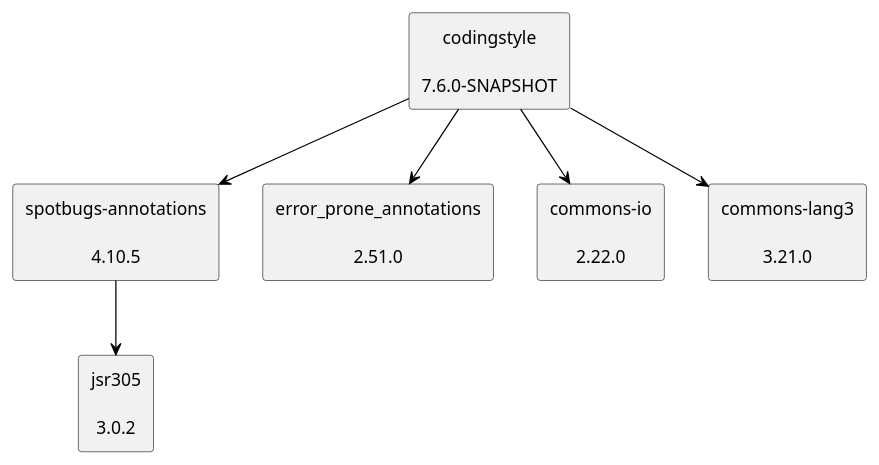
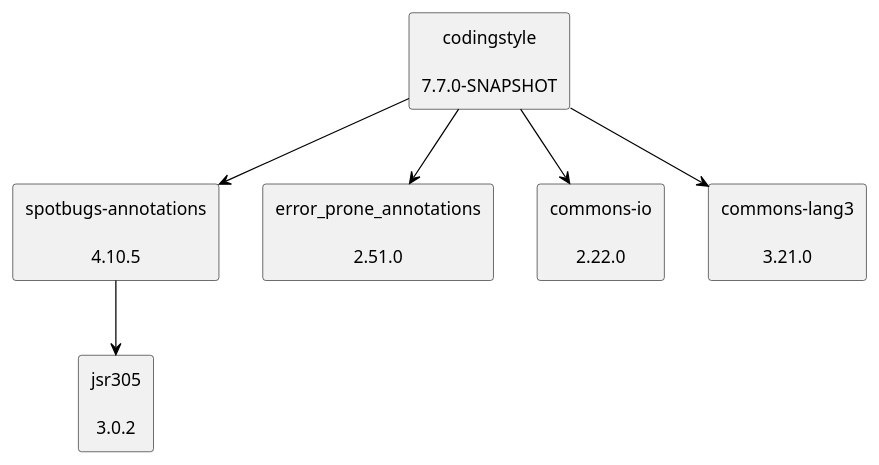
One commit to uhafner/codingstyle changed the diagram in doc/dependency-graph.puml. Above: the diagram before and after it, drawn with PlantUML.

Commit message:
Update dependency graph to latest versions from POM

```diff
--- a/doc/dependency-graph.puml
+++ b/doc/dependency-graph.puml
@@ -1,20 +1,20 @@
 @startuml
 skinparam defaultTextAlignment center
 skinparam rectangle {
   BackgroundColor<<optional>> beige
   BackgroundColor<<test>> lightGreen
   BackgroundColor<<runtime>> lightBlue
   BackgroundColor<<provided>> lightGray
 }
 rectangle "spotbugs-annotations\n\n4.10.5" as com_github_spotbugs_spotbugs_annotations_jar
 rectangle "jsr305\n\n3.0.2" as com_google_code_findbugs_jsr305_jar
-rectangle "codingstyle\n\n7.6.0-SNAPSHOT" as edu_hm_hafner_codingstyle_jar
+rectangle "codingstyle\n\n7.7.0-SNAPSHOT" as edu_hm_hafner_codingstyle_jar
 rectangle "error_prone_annotations\n\n2.51.0" as com_google_errorprone_error_prone_annotations_jar
 rectangle "commons-io\n\n2.22.0" as commons_io_commons_io_jar
 rectangle "commons-lang3\n\n3.21.0" as org_apache_commons_commons_lang3_jar
 com_github_spotbugs_spotbugs_annotations_jar -[#000000]-> com_google_code_findbugs_jsr305_jar
 edu_hm_hafner_codingstyle_jar -[#000000]-> com_github_spotbugs_spotbugs_annotations_jar
 edu_hm_hafner_codingstyle_jar -[#000000]-> com_google_errorprone_error_prone_annotations_jar
 edu_hm_hafner_codingstyle_jar -[#000000]-> commons_io_commons_io_jar
 edu_hm_hafner_codingstyle_jar -[#000000]-> org_apache_commons_commons_lang3_jar
 @enduml
```
